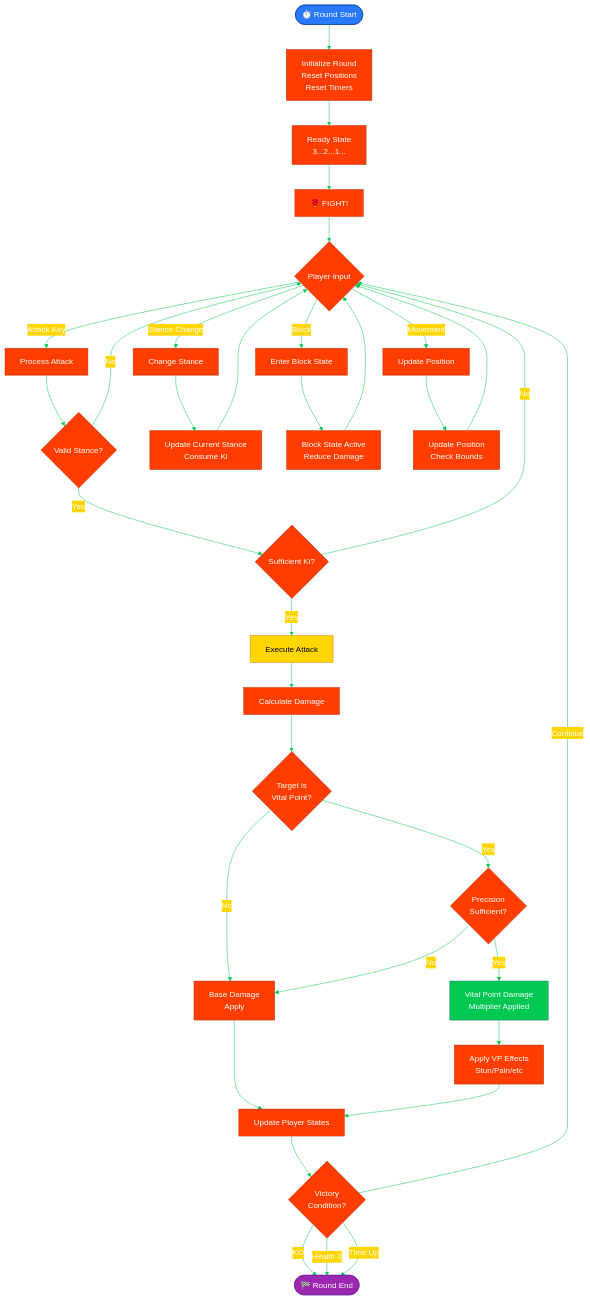
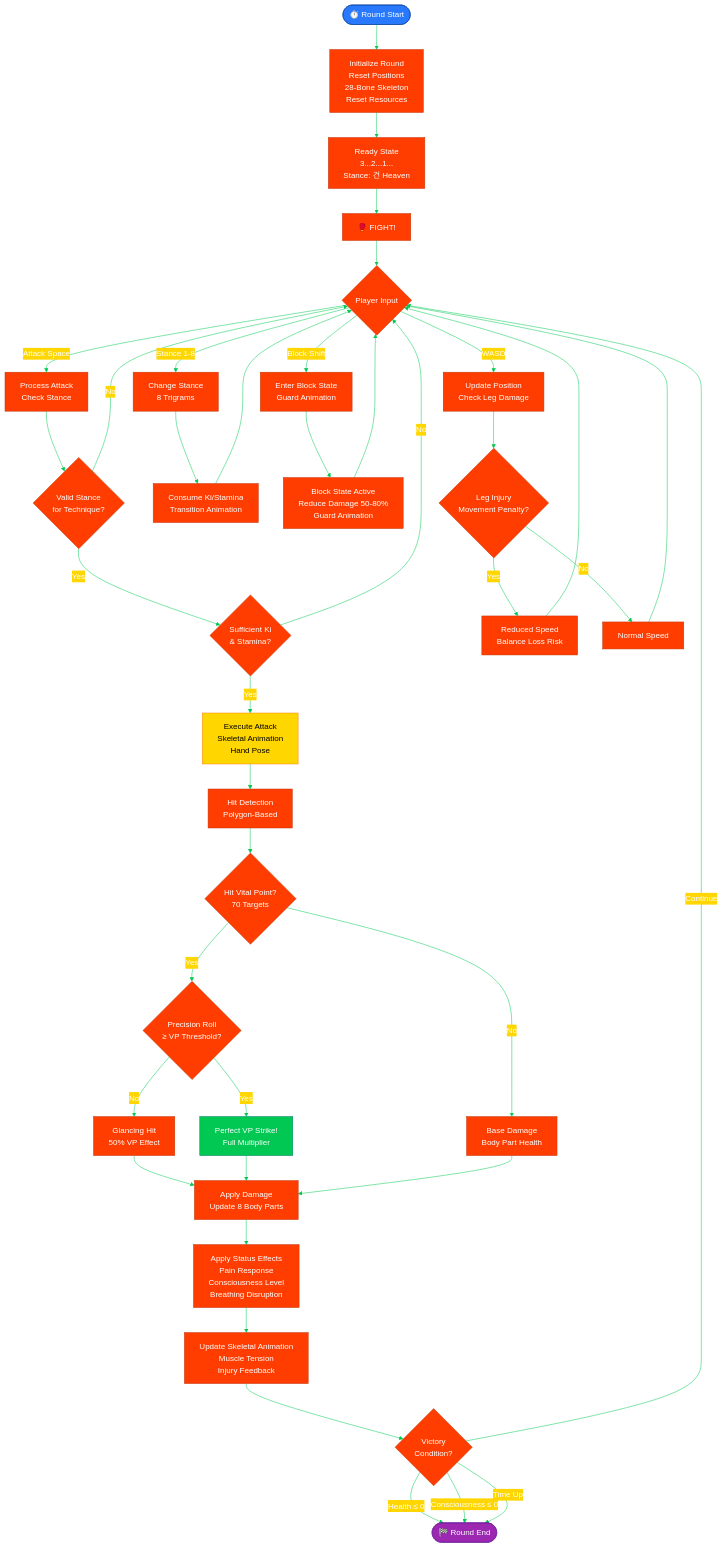
The second of 8 diagrams in FLOWCHART.md (Hack23/blacktrigram), drawn with Mermaid before and after one commit. The commit also changed other lines of this file and 5 other files, not shown here.

First line of the commit message:
Update all flowcharts, state diagrams, and mind maps with current/future game flows

````diff
--- a/FLOWCHART.md
+++ b/FLOWCHART.md
@@ -96,56 +96,63 @@
 ```mermaid
 %%{init: {'theme':'base', 'themeVariables': {'primaryColor':'#FF3D00','primaryTextColor':'#fff','primaryBorderColor':'#BF360C','lineColor':'#00C853','secondaryColor':'#FFD600','tertiaryColor':'#2979FF'}}}%%
 flowchart TD
-    RoundStart([⏱️ Round Start]) --> Init[Initialize Round<br/>Reset Positions<br/>Reset Timers]
+    RoundStart([⏱️ Round Start]) --> Init[Initialize Round<br/>Reset Positions<br/>28-Bone Skeleton<br/>Reset Resources]
 
-    Init --> Ready[Ready State<br/>3...2...1...]
+    Init --> Ready[Ready State<br/>3...2...1...<br/>Stance: 건 Heaven]
     Ready --> Fight[🥊 FIGHT!]
 
     Fight --> Input{Player Input}
 
-    Input -->|Attack Key| ProcessAttack[Process Attack]
-    Input -->|Stance Change| ChangeStance[Change Stance]
-    Input -->|Block| Block[Enter Block State]
-    Input -->|Movement| Move[Update Position]
+    Input -->|Attack Space| ProcessAttack[Process Attack<br/>Check Stance]
+    Input -->|Stance 1-8| ChangeStance[Change Stance<br/>8 Trigrams]
+    Input -->|Block Shift| Block[Enter Block State<br/>Guard Animation]
+    Input -->|WASD| Move[Update Position<br/>Check Leg Damage]
 
-    ProcessAttack --> CheckStance{Valid Stance?}
+    ProcessAttack --> CheckStance{Valid Stance<br/>for Technique?}
     CheckStance -->|No| Input
-    CheckStance -->|Yes| CheckKi{Sufficient Ki?}
+    CheckStance -->|Yes| CheckKi{Sufficient Ki<br/>& Stamina?}
 
     CheckKi -->|No| Input
-    CheckKi -->|Yes| ExecuteAttack[Execute Attack]
+    CheckKi -->|Yes| ExecuteAttack[Execute Attack<br/>Skeletal Animation<br/>Hand Pose]
 
-    ExecuteAttack --> CalcDamage[Calculate Damage]
-    CalcDamage --> CheckVP{Target is<br/>Vital Point?}
+    ExecuteAttack --> HitDetection[Hit Detection<br/>Polygon-Based]
+    HitDetection --> CheckVP{Hit Vital Point?<br/>70 Targets}
 
-    CheckVP -->|No| BaseDmg[Base Damage<br/>Apply]
-    CheckVP -->|Yes| CheckPrecision{Precision<br/>Sufficient?}
+    CheckVP -->|No| BaseDmg[Base Damage<br/>Body Part Health]
+    CheckVP -->|Yes| CheckPrecision{Precision Roll<br/>≥ VP Threshold?}
 
-    CheckPrecision -->|No| BaseDmg
-    CheckPrecision -->|Yes| VPDmg[Vital Point Damage<br/>Multiplier Applied]
+    CheckPrecision -->|No| GlancingHit[Glancing Hit<br/>50% VP Effect]
+    CheckPrecision -->|Yes| PerfectVP[Perfect VP Strike!<br/>Full Multiplier]
 
-    VPDmg --> ApplyEffects[Apply VP Effects<br/>Stun/Pain/etc]
-    BaseDmg --> UpdateState[Update Player States]
-    ApplyEffects --> UpdateState
+    GlancingHit --> ApplyDamage[Apply Damage<br/>Update 8 Body Parts]
+    PerfectVP --> ApplyDamage
+    BaseDmg --> ApplyDamage
 
-    UpdateState --> CheckWin{Victory<br/>Condition?}
-    CheckWin -->|KO| RoundEnd([🏁 Round End])
-    CheckWin -->|Health 0| RoundEnd
-    CheckWin -->|Time Up| RoundEnd
-    CheckWin -->|Continue| Input
+    ApplyDamage --> ApplyEffects[Apply Status Effects<br/>Pain Response<br/>Consciousness Level<br/>Breathing Disruption]
+    
+    ApplyEffects --> UpdateAnimation[Update Skeletal Animation<br/>Muscle Tension<br/>Injury Feedback]
 
-    ChangeStance --> UpdateStance[Update Current Stance<br/>Consume Ki]
-    UpdateStance --> Input
+    UpdateAnimation --> CheckKO{Victory<br/>Condition?}
+    CheckKO -->|Health ≤ 0| RoundEnd([🏁 Round End])
+    CheckKO -->|Consciousness ≤ 0| RoundEnd
+    CheckKO -->|Time Up| RoundEnd
+    CheckKO -->|Continue| Input
 
-    Block --> BlockState[Block State Active<br/>Reduce Damage]
+    ChangeStance --> ConsumeResources[Consume Ki/Stamina<br/>Transition Animation]
+    ConsumeResources --> Input
+
+    Block --> BlockState[Block State Active<br/>Reduce Damage 50-80%<br/>Guard Animation]
     BlockState --> Input
 
-    Move --> UpdatePos[Update Position<br/>Check Bounds]
-    UpdatePos --> Input
+    Move --> CheckInjury{Leg Injury<br/>Movement Penalty?}
+    CheckInjury -->|Yes| SlowMovement[Reduced Speed<br/>Balance Loss Risk]
+    CheckInjury -->|No| NormalMovement[Normal Speed]
+    SlowMovement --> Input
+    NormalMovement --> Input
 
     style RoundStart fill:#2979FF,stroke:#0D47A1,color:#fff
     style Fight fill:#FF3D00,stroke:#BF360C,color:#fff
     style ExecuteAttack fill:#FFD600,stroke:#F57F17,color:#000
-    style VPDmg fill:#00C853,stroke:#00796B,color:#fff
+    style PerfectVP fill:#00C853,stroke:#00796B,color:#fff
     style RoundEnd fill:#9C27B0,stroke:#6A1B9A,color:#fff
 ```
````
